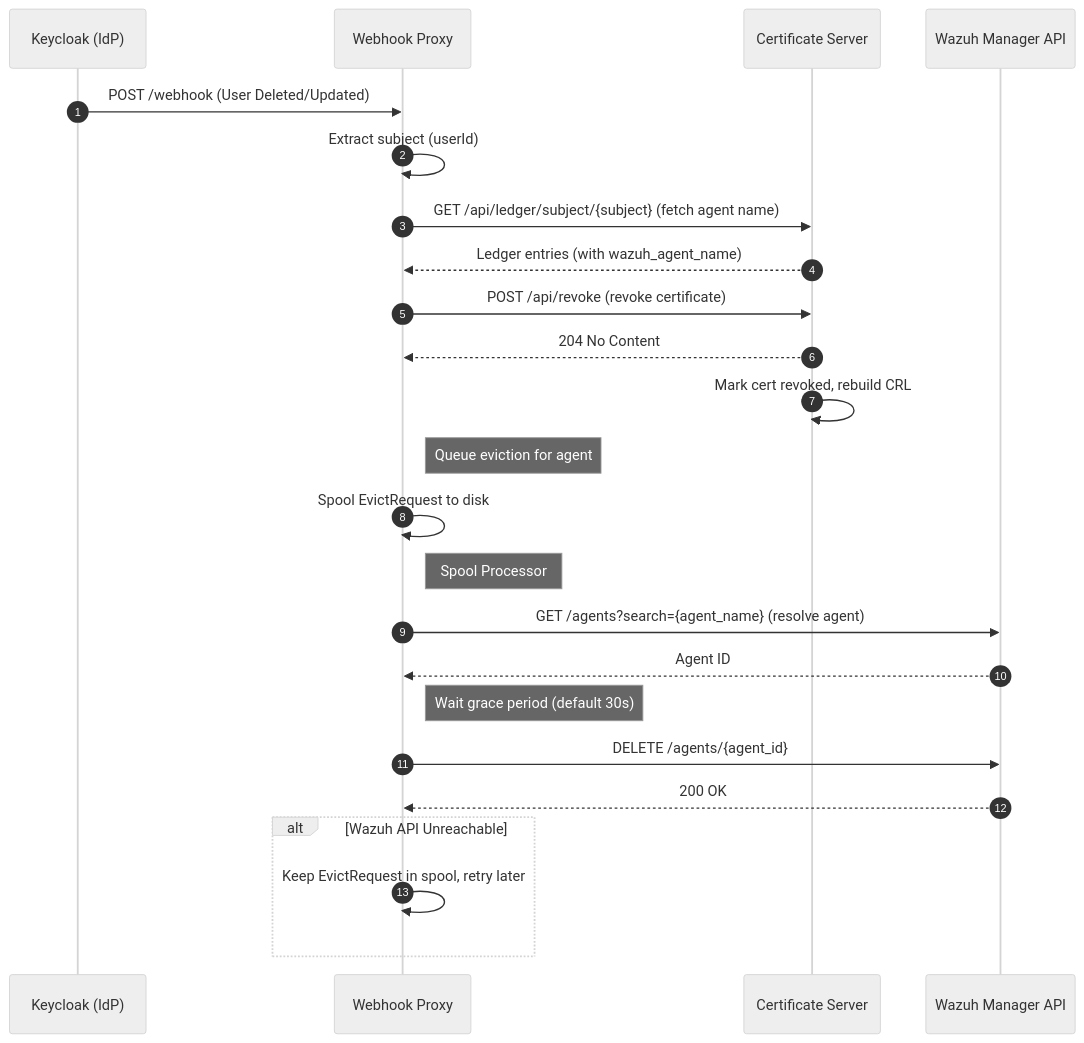
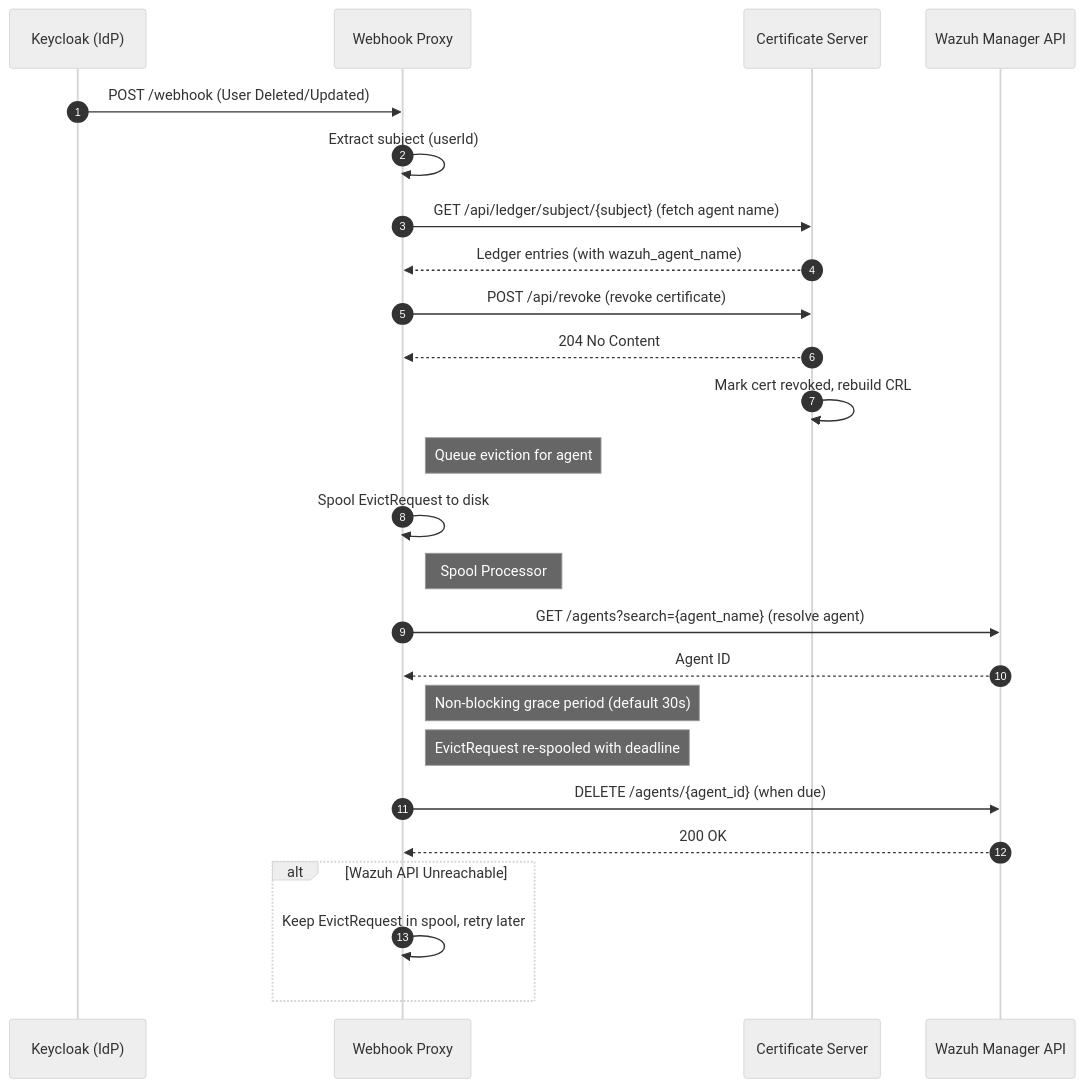
One commit to ADORSYS-GIS/wazuh-cert-oauth2 changed the fourth of 5 diagrams in docs/architecture.md. Above: the diagram before and after it, drawn with Mermaid (neutral theme). The commit also changed other lines of this file and 15 other files, not shown here.

````diff
--- a/docs/architecture.md
+++ b/docs/architecture.md
@@ -127,31 +127,32 @@
 ```mermaid
 sequenceDiagram
     autonumber
 
     participant Keycloak as Keycloak (IdP)
     participant Webhook as Webhook Proxy
     participant Server as Certificate Server
     participant Wazuh as Wazuh Manager API
 
     Keycloak->>Webhook: POST /webhook (User Deleted/Updated)
     Webhook->>Webhook: Extract subject (userId)
     Webhook->>Server: GET /api/ledger/subject/{subject} (fetch agent name)
     Server-->>Webhook: Ledger entries (with wazuh_agent_name)
     Webhook->>Server: POST /api/revoke (revoke certificate)
     Server-->>Webhook: 204 No Content
     Server->>Server: Mark cert revoked, rebuild CRL
 
     Note right of Webhook: Queue eviction for agent
     Webhook->>Webhook: Spool EvictRequest to disk
 
     Note right of Webhook: Spool Processor
     Webhook->>Wazuh: GET /agents?search={agent_name} (resolve agent)
     Wazuh-->>Webhook: Agent ID
-    Note right of Webhook: Wait grace period (default 30s)
-    Webhook->>Wazuh: DELETE /agents/{agent_id}
+    Note right of Webhook: Non-blocking grace period (default 30s)
+    Note right of Webhook: EvictRequest re-spooled with deadline
+    Webhook->>Wazuh: DELETE /agents/{agent_id} (when due)
     Wazuh-->>Webhook: 200 OK
 
     alt Wazuh API Unreachable
         Webhook->>Webhook: Keep EvictRequest in spool, retry later
     end
 ```
````
